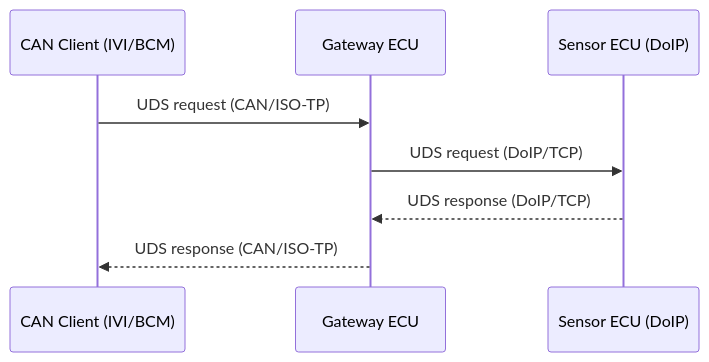
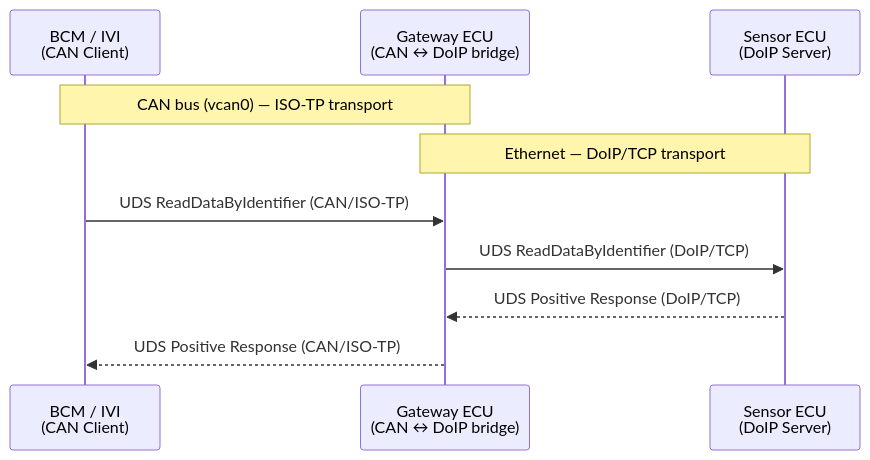
One commit to Komal-kalyanraman/virtual-car changed the first of 3 diagrams in README.md. Above: the diagram before and after it, drawn with Mermaid. The commit also changed other lines of this file, not shown here.

Commit message:
Enhance README with architecture overview, component roles, and sequence diagrams for UDS communication

````diff
--- a/README.md
+++ b/README.md
@@ -39,11 +55,14 @@
 ```mermaid
 sequenceDiagram
-    participant IVI as CAN Client (IVI/BCM)
-    participant GW as Gateway ECU
-    participant SENSOR as Sensor ECU (DoIP)
+    participant BCM as BCM / IVI<br/>(CAN Client)
+    participant GW as Gateway ECU<br/>(CAN ↔ DoIP bridge)
+    participant SENSOR as Sensor ECU<br/>(DoIP Server)
 
-    IVI->>GW: UDS request (CAN/ISO-TP)
-    GW->>SENSOR: UDS request (DoIP/TCP)
-    SENSOR-->>GW: UDS response (DoIP/TCP)
-    GW-->>IVI: UDS response (CAN/ISO-TP)
+    Note over BCM,GW: CAN bus (vcan0) — ISO-TP transport
+    Note over GW,SENSOR: Ethernet — DoIP/TCP transport
+
+    BCM->>GW: UDS ReadDataByIdentifier (CAN/ISO-TP)
+    GW->>SENSOR: UDS ReadDataByIdentifier (DoIP/TCP)
+    SENSOR-->>GW: UDS Positive Response (DoIP/TCP)
+    GW-->>BCM: UDS Positive Response (CAN/ISO-TP)
 ```
````
